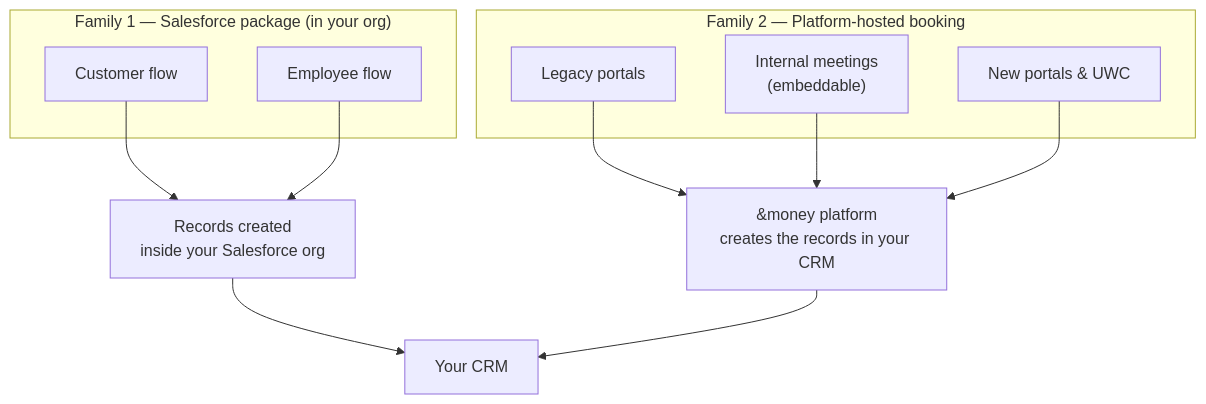
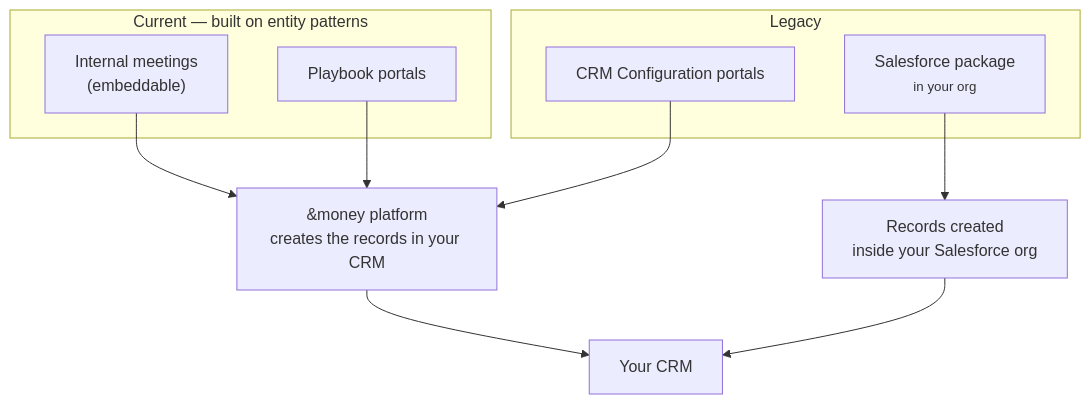
One commit to andmoneyaps/docs changed the diagram in _bookme/meeting-creation/index.md. Above: the diagram before and after it, drawn with Mermaid. The commit also changed other lines of this file and 6 other files, not shown here.

First line of the commit message:
docs(bookme): reframe meeting-creation as Legacy vs Current; drop unreleased UWC

````diff
--- a/_bookme/meeting-creation/index.md
+++ b/_bookme/meeting-creation/index.md
@@ -78,19 +66,17 @@
 ```mermaid
 graph TD
-    subgraph F1["Family 1 — Salesforce package (in your org)"]
-        CF["Customer flow"]
-        EF["Employee flow"]
+    subgraph CUR["Current — built on entity patterns"]
+        EMB["Internal meetings<br/>(embeddable)"]
+        PBP["Playbook portals"]
     end
-    subgraph F2["Family 2 — Platform-hosted booking"]
-        OP["Legacy portals"]
-        EMB["Internal meetings<br/>(embeddable)"]
-        NP["New portals & UWC"]
+    subgraph LEG["Legacy"]
+        SFP["Salesforce package<br/><small>in your org</small>"]
+        CRMC["CRM Configuration portals"]
     end
-    CF --> ORG["Records created<br/>inside your Salesforce org"]
-    EF --> ORG
-    OP --> PLAT["&money platform<br/>creates the records in your CRM"]
-    EMB --> PLAT
-    NP --> PLAT
-    ORG --> CRM["Your CRM"]
-    PLAT --> CRM
+    EMB --> PLAT["&money platform<br/>creates the records in your CRM"]
+    PBP --> PLAT
+    CRMC --> PLAT
+    SFP --> ORG["Records created<br/>inside your Salesforce org"]
+    PLAT --> CRM["Your CRM"]
+    ORG --> CRM
 ```
````
